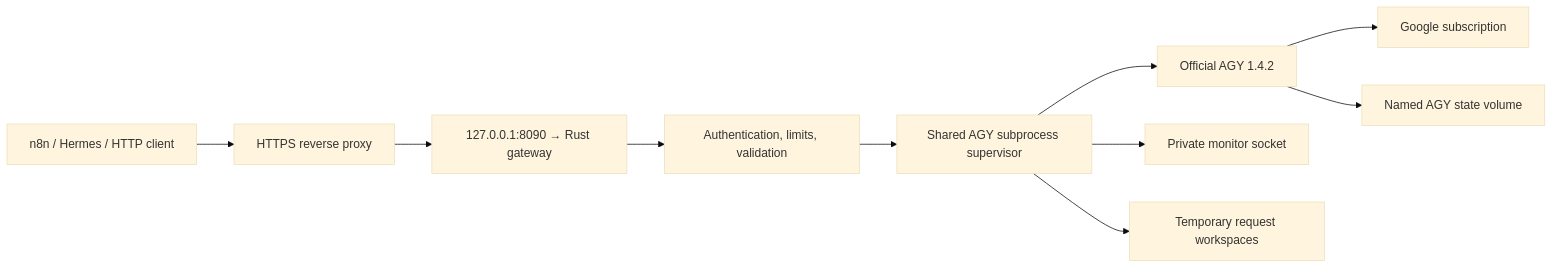
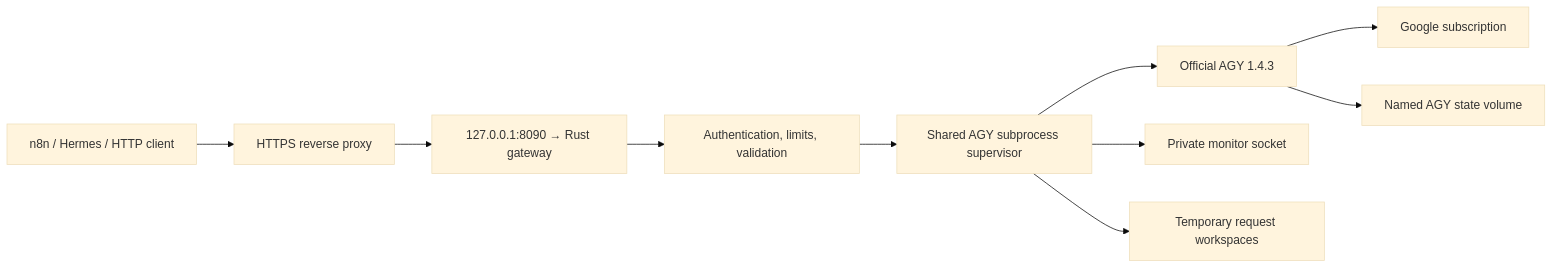
One commit to leomleao/ai-router changed the diagram in README.md. Above: the diagram before and after it, drawn with Mermaid (base theme). The commit also changed other lines of this file and 19 other files, not shown here.

````diff
--- a/README.md
+++ b/README.md
@@ -11,12 +11,12 @@
 ```mermaid
 flowchart LR
     C[n8n / Hermes / HTTP client] --> P[HTTPS reverse proxy]
     P --> R[127.0.0.1:8090 → Rust gateway]
     R --> A[Authentication, limits, validation]
     A --> M[Shared AGY subprocess supervisor]
-    M --> G[Official AGY 1.4.2]
+    M --> G[Official AGY 1.4.3]
     G --> S[Google subscription]
     M --> T[Private monitor socket]
     G --> V[Named AGY state volume]
     M --> W[Temporary request workspaces]
 ```
````
